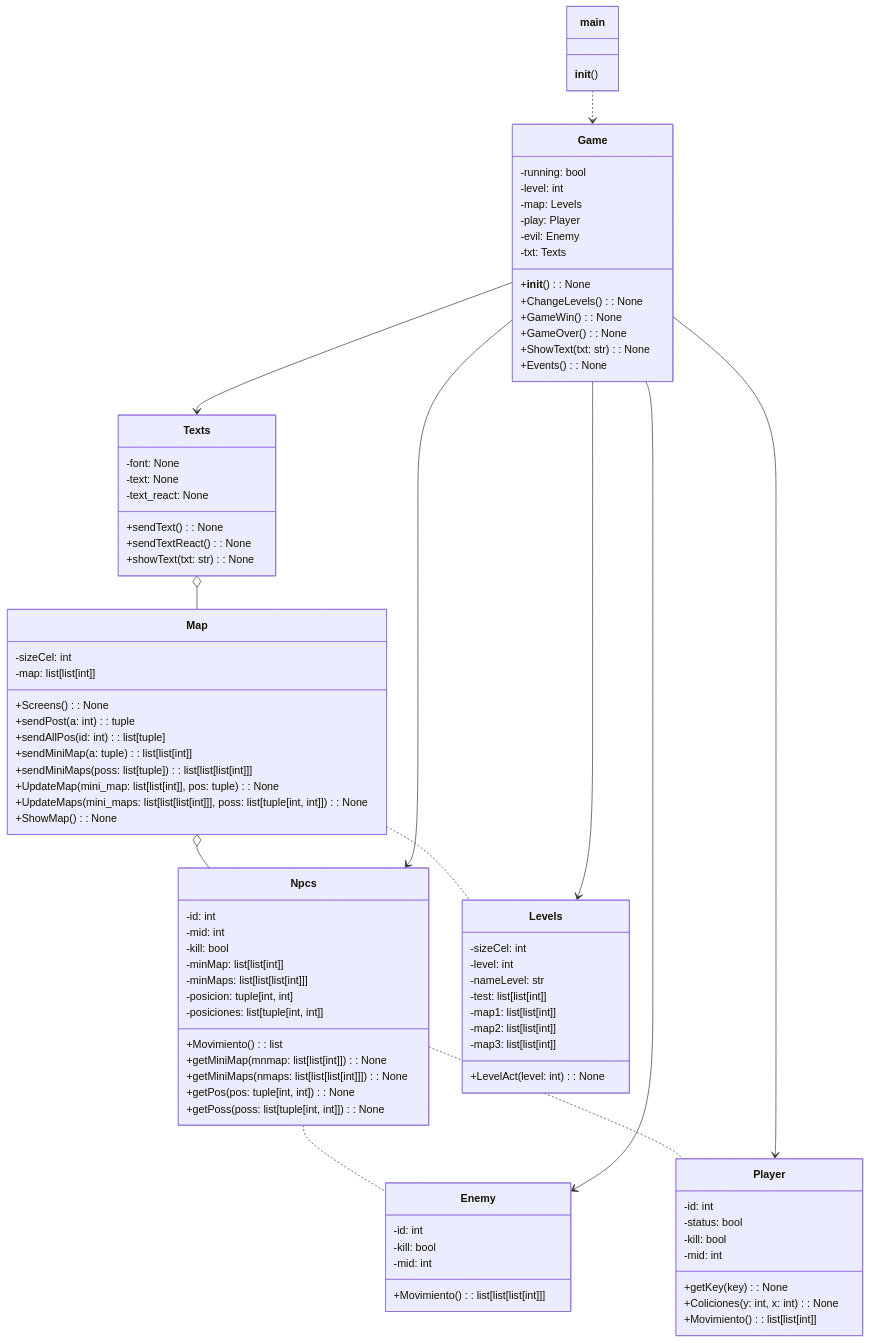
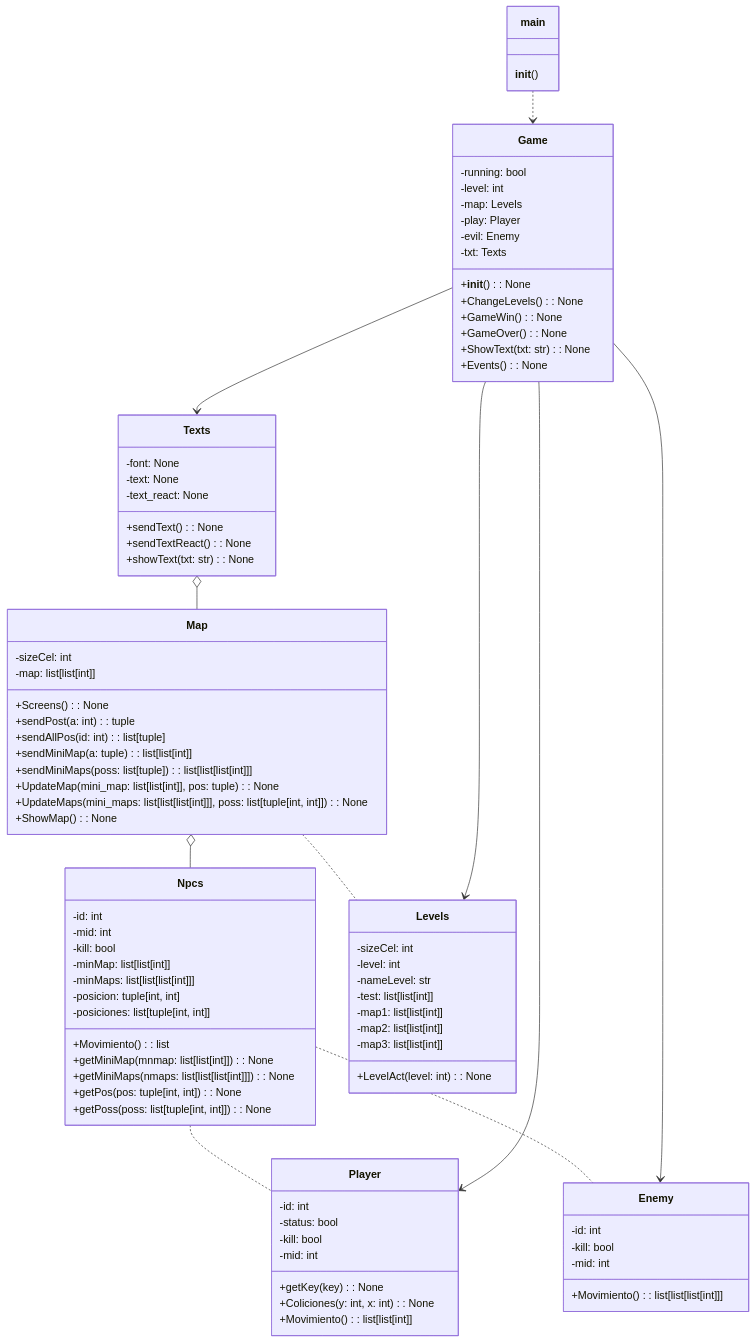
The second of 3 diagrams in README.md (noneda/try-pygame), drawn with Mermaid before and after one commit.

```diff
--- a/README.md
+++ b/README.md
@@ -271,7 +271,6 @@
     Map .. Levels
     Texts o-- Map
     Game --> Levels
-    Game --> Npcs
     Game --> Player
     Game --> Enemy
     Game --> Texts
```
